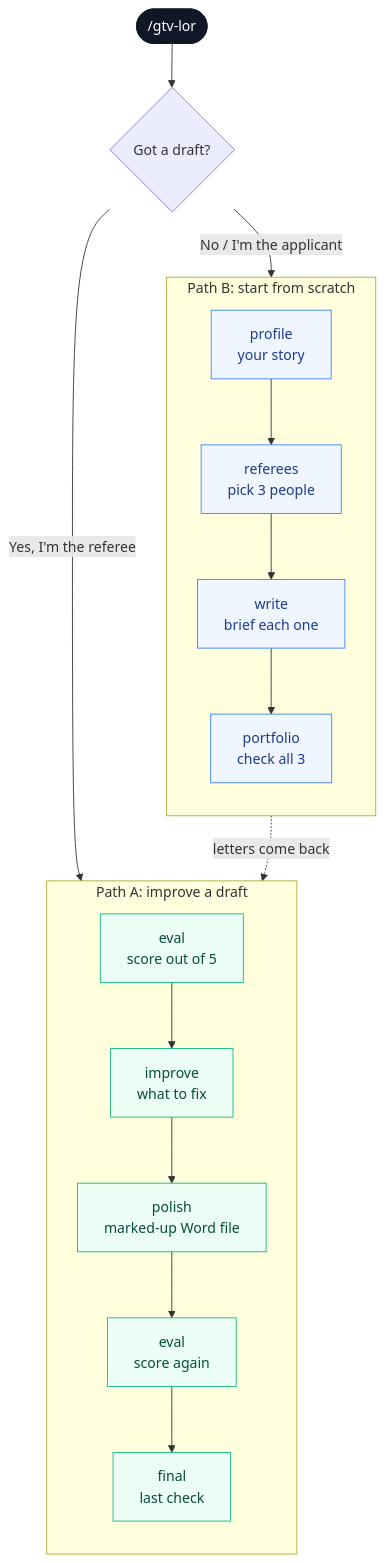
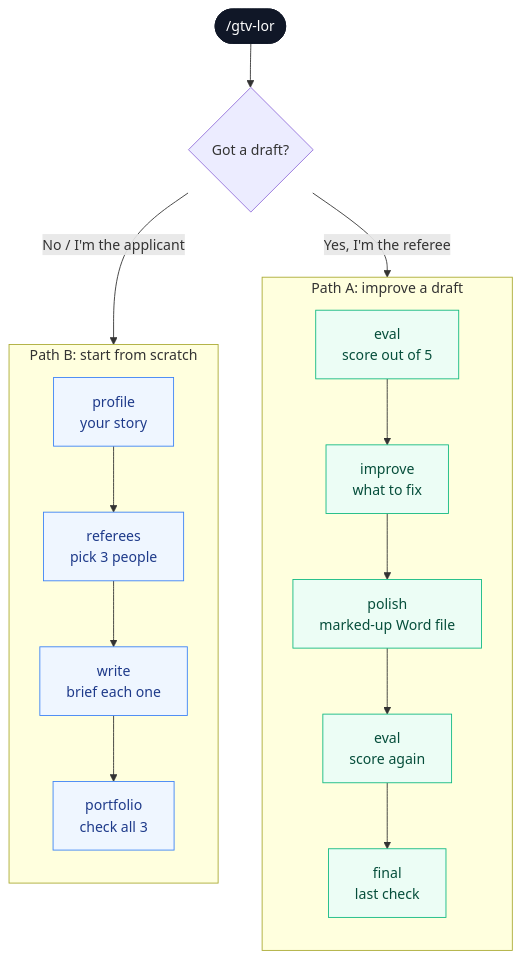
Before and after one commit to j16h/gtv-lor: the diagram in README.md, drawn with Mermaid. The commit also changed other lines of this file, not shown here.

Commit message:
README: call them skills, keep both paths side by side in the diagram

````diff
--- a/README.md
+++ b/README.md
@@ -154,30 +154,28 @@
 ```mermaid
 flowchart TD
     S(["/gtv-lor"]) --> Q{"Got a draft?"}
     Q -->|"Yes, I'm the referee"| A1
     Q -->|"No / I'm the applicant"| B1
 
     subgraph A ["Path A: improve a draft"]
         direction TB
         A1["eval<br/>score out of 5"] --> A2["improve<br/>what to fix"]
         A2 --> A3["polish<br/>marked-up Word file"]
         A3 --> A4["eval<br/>score again"]
         A4 --> A5["final<br/>last check"]
     end
 
     subgraph B ["Path B: start from scratch"]
         direction TB
         B1["profile<br/>your story"] --> B2["referees<br/>pick 3 people"]
         B2 --> B3["write<br/>brief each one"]
         B3 --> B4["portfolio<br/>check all 3"]
     end
 
-    B3 -. "letters come back" .-> A1
-
     classDef start fill:#101727,stroke:#101727,color:#fff
     classDef stepA fill:#ecfdf5,stroke:#10b981,color:#064e3b
     classDef stepB fill:#eff6ff,stroke:#3b82f6,color:#1e3a8a
     class S start
     class A1,A2,A3,A4,A5 stepA
     class B1,B2,B3,B4 stepB
 ```
````
